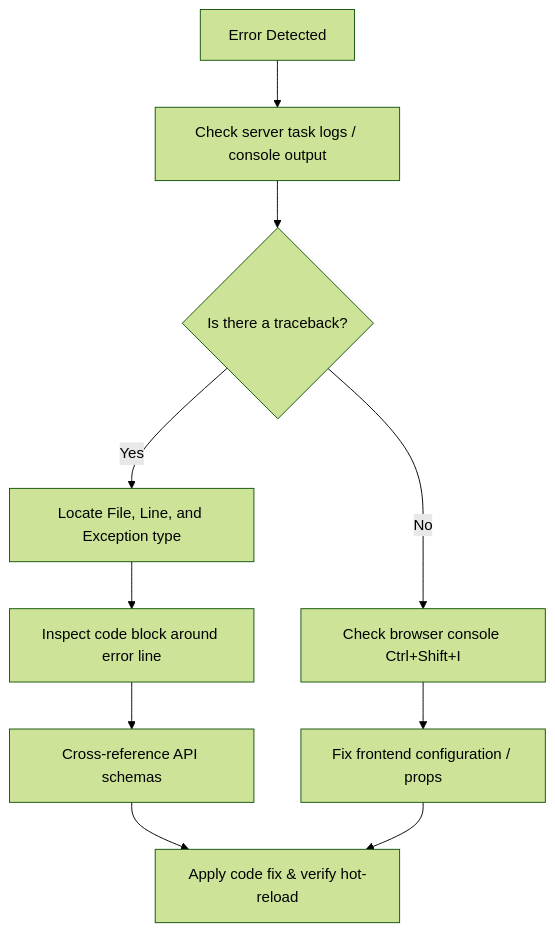
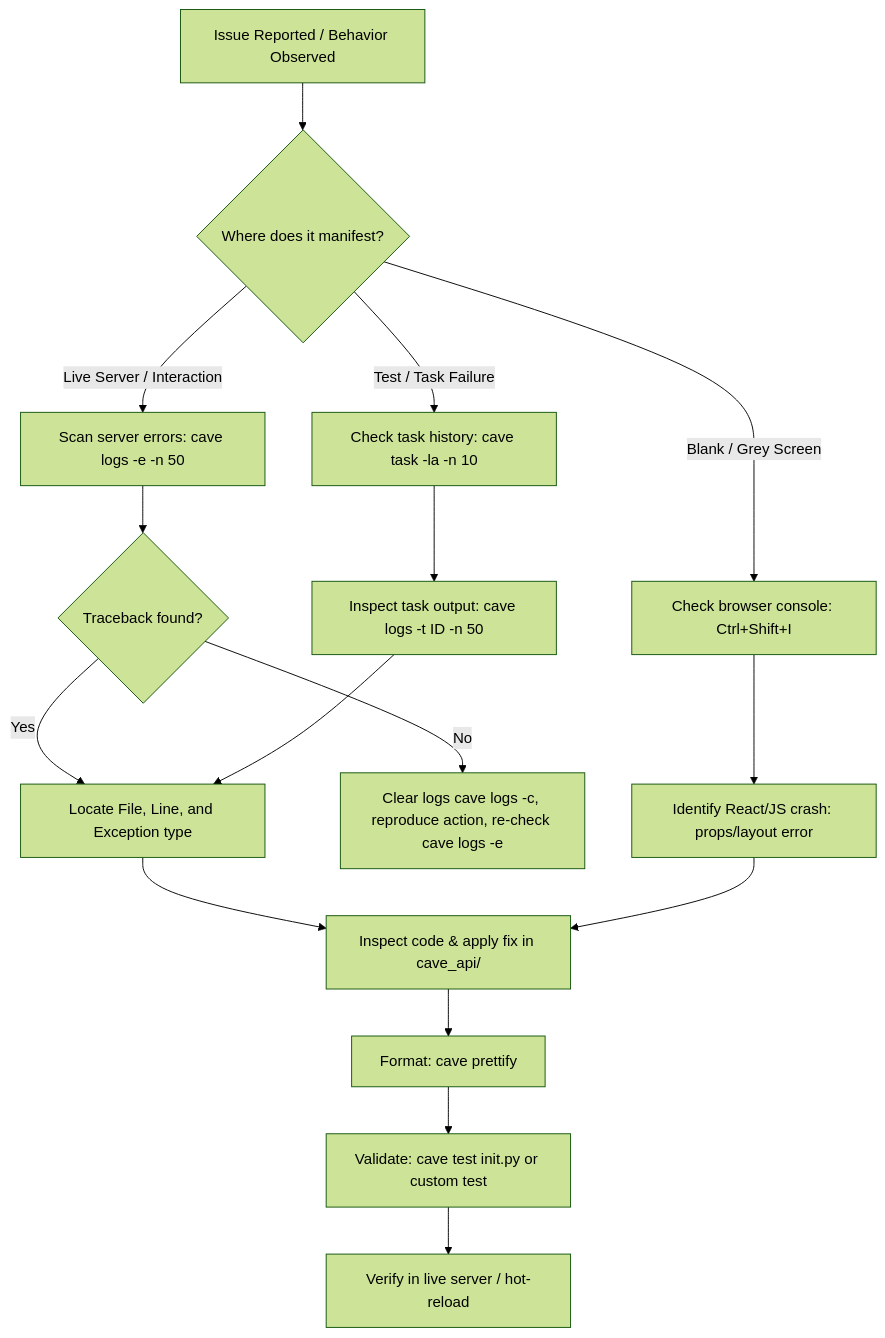
Before and after one commit to MIT-CAVE/cave_app: the diagram in docs/skills/debug/SKILL.md, drawn with Mermaid (forest theme). The commit also changed other lines of this file and 10 other files, not shown here.

````diff
--- a/docs/skills/debug/SKILL.md
+++ b/docs/skills/debug/SKILL.md
@@ -64,12 +112,18 @@
 ```mermaid
 graph TD
-    A[Error Detected] --> B[Check server task logs / console output]
-    B --> C{Is there a traceback?}
-    C -- Yes --> D[Locate File, Line, and Exception type]
-    C -- No --> E[Check browser console Ctrl+Shift+I]
-    D --> F[Inspect code block around error line]
-    F --> G[Cross-reference API schemas]
-    G --> H[Apply code fix & verify hot-reload]
-    E --> I[Fix frontend configuration / props]
-    I --> H
+    A[Issue Reported / Behavior Observed] --> B{Where does it manifest?}
+    B -- Live Server / Interaction --> C[Scan server errors: cave logs -e -n 50]
+    B -- Test / Task Failure --> D[Check task history: cave task -la -n 10]
+    B -- Blank / Grey Screen --> E[Check browser console: Ctrl+Shift+I]
+    C --> F{Traceback found?}
+    D --> G[Inspect task output: cave logs -t ID -n 50]
+    F -- Yes --> H[Locate File, Line, and Exception type]
+    F -- No --> I[Clear logs cave logs -c, reproduce action, re-check cave logs -e]
+    G --> H
+    E --> J[Identify React/JS crash: props/layout error]
+    H --> K[Inspect code & apply fix in cave_api/]
+    J --> K
+    K --> L[Format: cave prettify]
+    L --> M[Validate: cave test init.py or custom test]
+    M --> N[Verify in live server / hot-reload]
 ```
````
